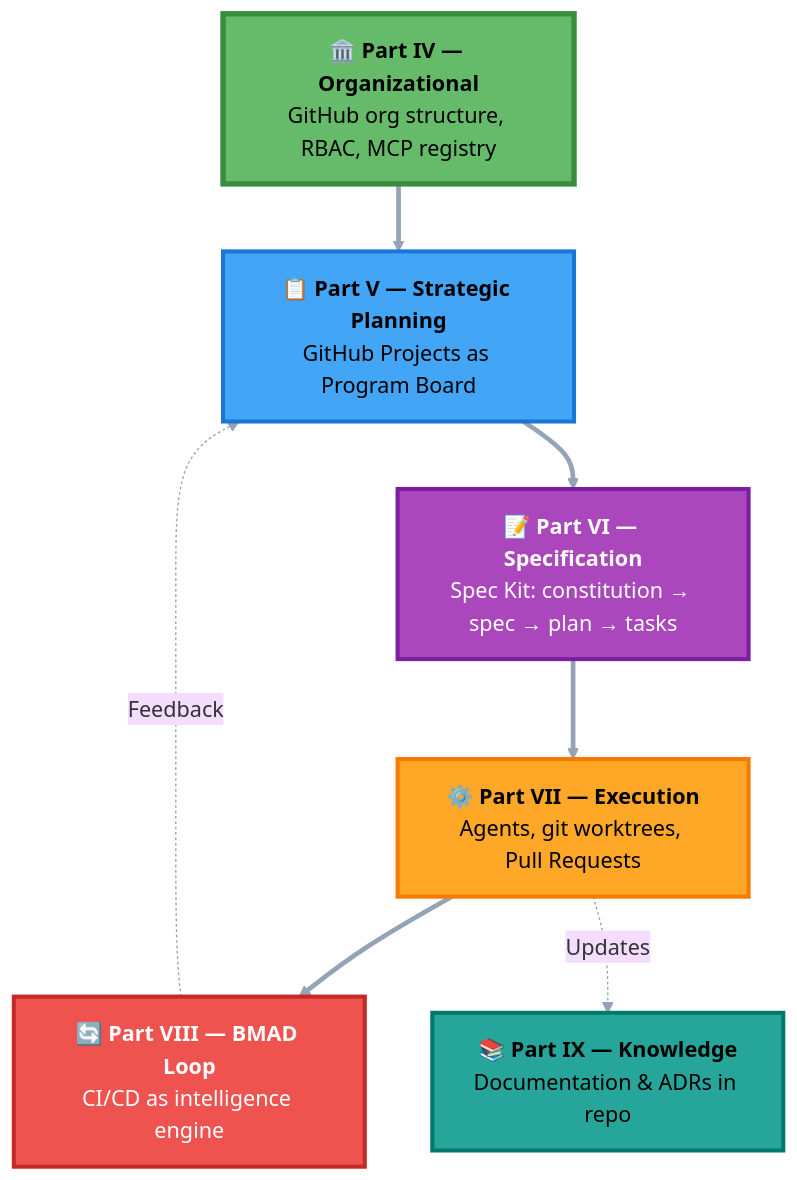
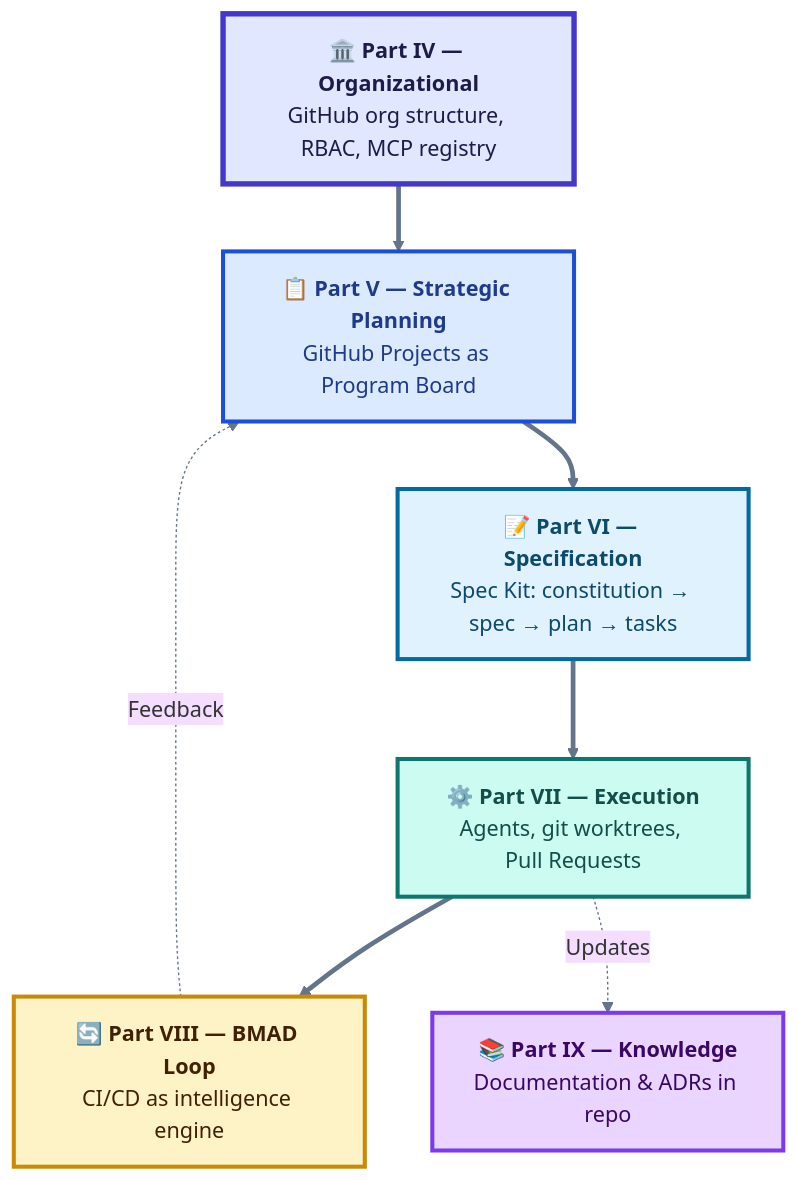
One commit to donbr/github-agentic-om changed the first of 8 diagrams in github-native-operating-model.md. Above: the diagram before and after it, drawn with Mermaid. The commit also changed other lines of this file, not shown here.

Commit message:
update mermaid diagrams based on wcag

````diff
--- a/github-native-operating-model.md
+++ b/github-native-operating-model.md
@@ -40,33 +40,33 @@
 ```mermaid
-%%{init: {"theme":"base", "themeVariables": {"lineColor":"#94a3b8","primaryBorderColor":"#94a3b8","textColor":"#64748b"}}}%%
+%%{init: {"theme":"base", "themeVariables": {"lineColor":"#64748B","primaryBorderColor":"#64748B","textColor":"#1E293B","background":"#FFFFFF"}}}%%
 flowchart TB
     %% Simplified Overview - Progressive Disclosure Pattern
 
     ORG["🏛️ <b>Part IV — Organizational</b><br/>GitHub org structure, RBAC, MCP registry"]
     PLAN["📋 <b>Part V — Strategic Planning</b><br/>GitHub Projects as Program Board"]
     SPEC["📝 <b>Part VI — Specification</b><br/>Spec Kit: constitution → spec → plan → tasks"]
     EXEC["⚙️ <b>Part VII — Execution</b><br/>Agents, git worktrees, Pull Requests"]
     BMAD["🔄 <b>Part VIII — BMAD Loop</b><br/>CI/CD as intelligence engine"]
     KNOW["📚 <b>Part IX — Knowledge</b><br/>Documentation & ADRs in repo"]
 
     ORG ==> PLAN
     PLAN ==> SPEC
     SPEC ==> EXEC
     EXEC ==> BMAD
     BMAD -.Feedback.-> PLAN
     EXEC -.Updates.-> KNOW
 
-    classDef foundation fill:#66bb6a,stroke:#388e3c,stroke-width:4px,color:#000000
-    classDef planning fill:#42a5f5,stroke:#1976d2,stroke-width:3px,color:#000000
-    classDef specification fill:#ab47bc,stroke:#7b1fa2,stroke-width:3px,color:#ffffff
-    classDef execution fill:#ffa726,stroke:#f57c00,stroke-width:3px,color:#000000
-    classDef intelligence fill:#ef5350,stroke:#c62828,stroke-width:3px,color:#ffffff
-    classDef knowledge fill:#26a69a,stroke:#00796b,stroke-width:3px,color:#000000
+    classDef foundation fill:#E0E7FF,stroke:#4338CA,stroke-width:4px,color:#1E1B4B
+    classDef planning fill:#DBEAFE,stroke:#1D4ED8,stroke-width:3px,color:#1E3A8A
+    classDef specification fill:#E0F2FE,stroke:#0369A1,stroke-width:3px,color:#0C4A6E
+    classDef execution fill:#CCFBF1,stroke:#0F766E,stroke-width:3px,color:#134E4A
+    classDef intelligence fill:#FEF3C7,stroke:#CA8A04,stroke-width:3px,color:#422006
+    classDef knowledge fill:#E9D5FF,stroke:#7C3AED,stroke-width:3px,color:#3B0764
 
     class ORG foundation
     class PLAN planning
     class SPEC specification
     class EXEC execution
     class BMAD intelligence
     class KNOW knowledge
 ```
````
